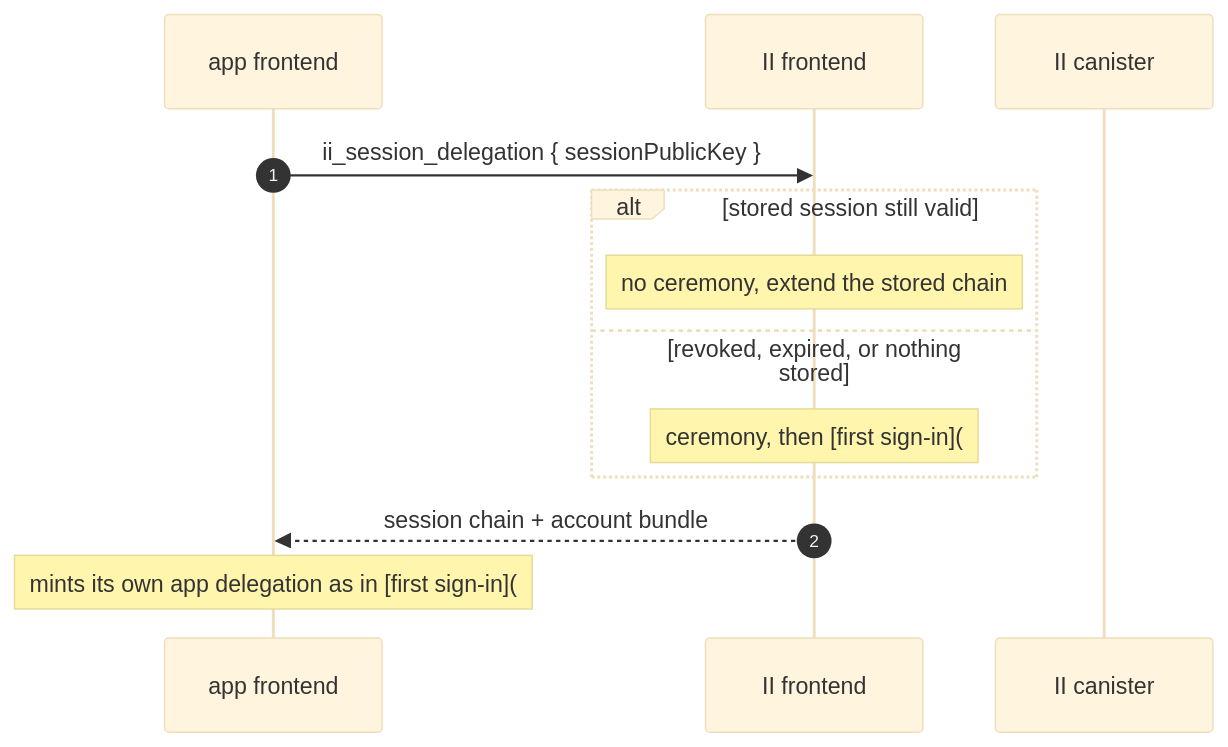
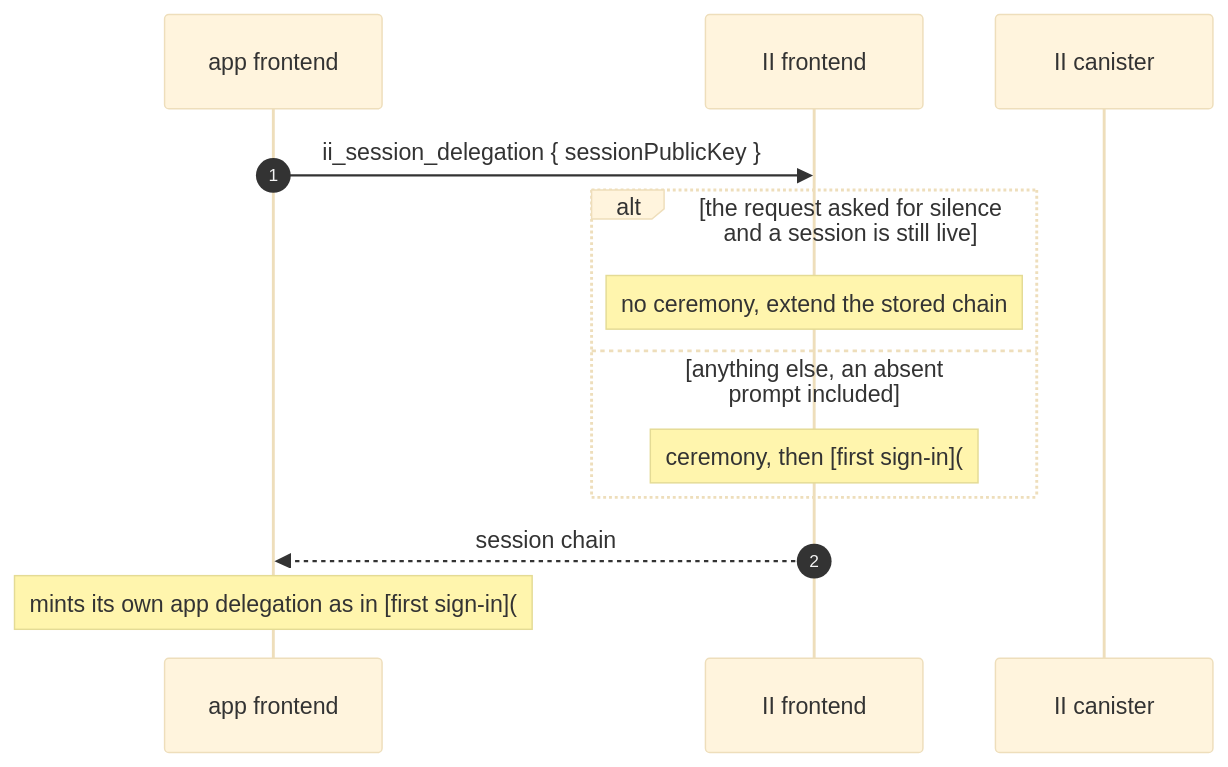
One commit to dfinity/internet-identity changed the fourth of 7 diagrams in docs/ongoing/revocable-app-sessions-spec.md. Above: the diagram before and after it, drawn with Mermaid (base theme). The commit also changed other lines of this file and 1 other file, not shown here.

````diff
--- a/docs/ongoing/revocable-app-sessions-spec.md
+++ b/docs/ongoing/revocable-app-sessions-spec.md
@@ -338,15 +524,15 @@
 ```mermaid
 sequenceDiagram
     autonumber
     participant App as app frontend
     participant IIF as II frontend
     participant IIC as II canister
     App->>IIF: ii_session_delegation { sessionPublicKey }
-    alt stored session still valid
+    alt the request asked for silence and a session is still live
         Note over IIF: no ceremony, extend the stored chain
-    else revoked, expired, or nothing stored
+    else anything else, an absent prompt included
         Note over IIF: ceremony, then [first sign-in](#first-sign-in)
     end
-    IIF-->>App: session chain + account bundle
+    IIF-->>App: session chain
     Note over App: mints its own app delegation as in [first sign-in](#first-sign-in)
 ```
````
